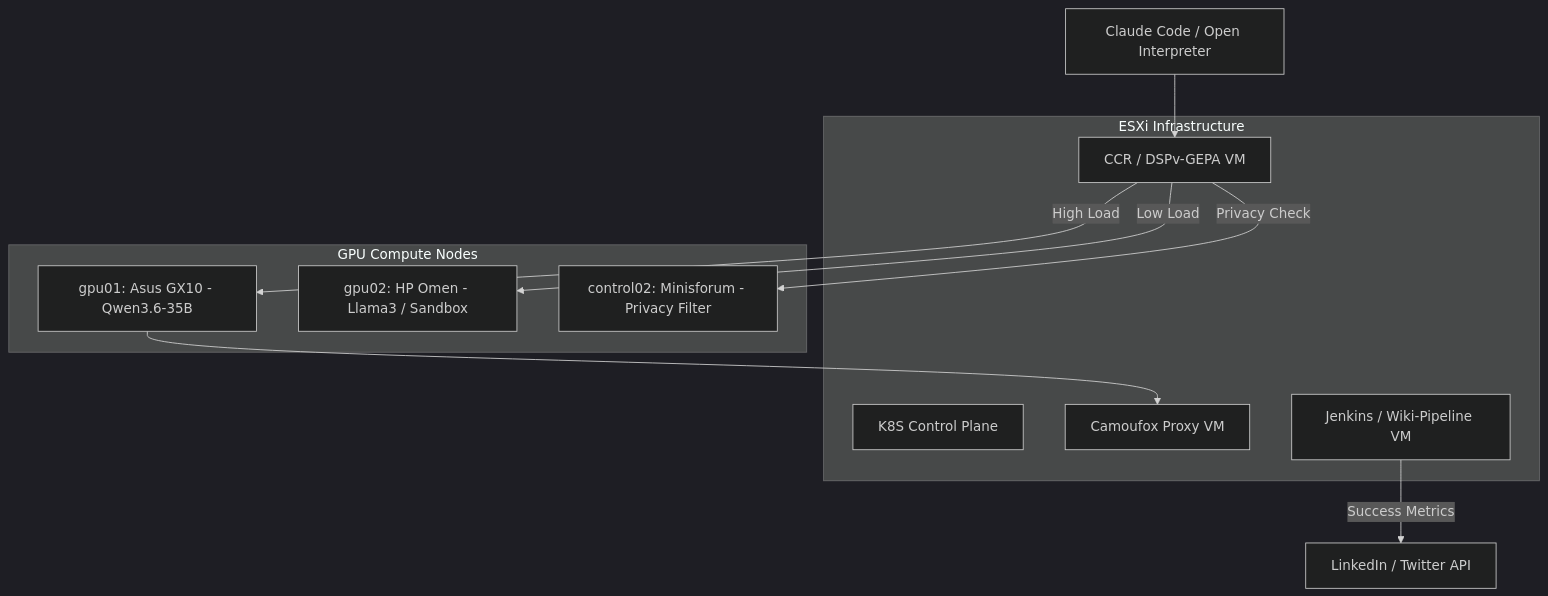
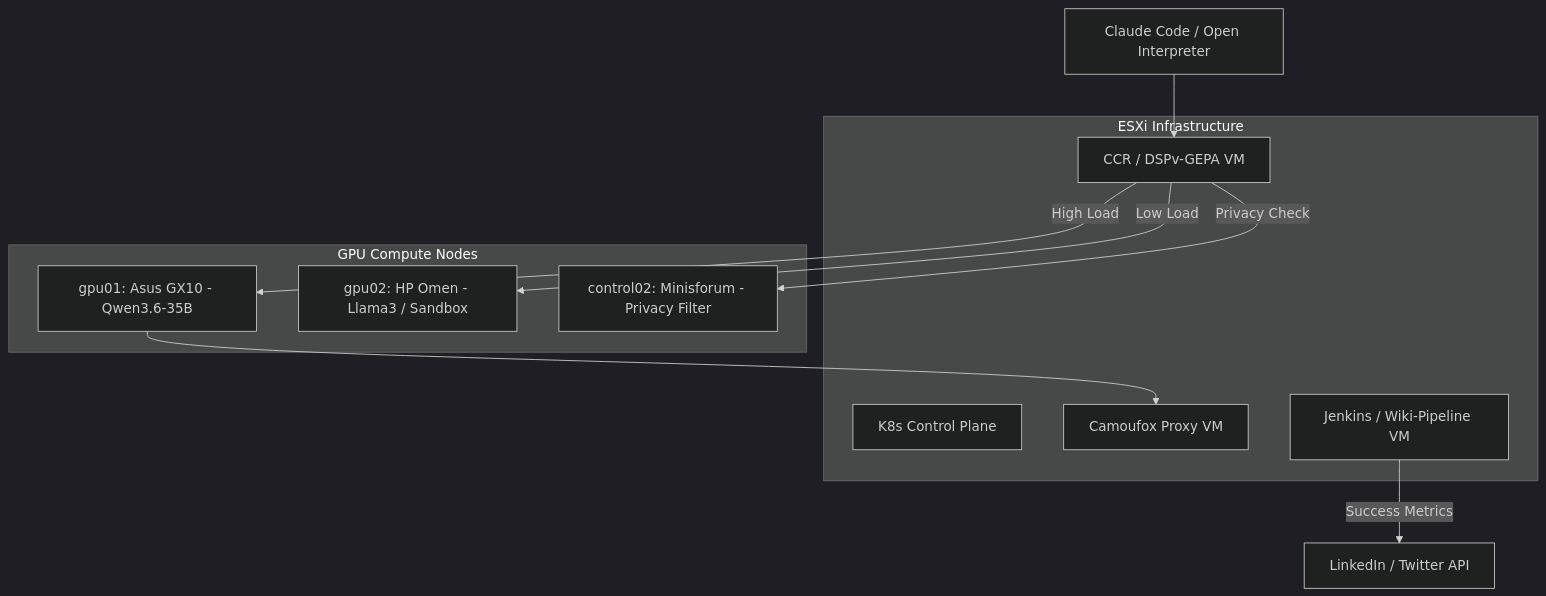
The diagram in TODO.md (lj020326/ansible-datacenter), drawn with Mermaid (dark theme) before and after one commit. The commit also changed other lines of this file and 242 other files, not shown here.

````diff
--- a/TODO.md
+++ b/TODO.md
@@ -71,22 +67,22 @@
 ```mermaid
 graph TD;
     subgraph VMware_Cluster [ESXi Infrastructure]
-        K8S_Master[K8S Control Plane]
+        K8S_Master[K8s Control Plane]
         VPN_Proxy[Camoufox Proxy VM]
         Router[CCR / DSPv-GEPA VM]
         CI_CD[Jenkins / Wiki-Pipeline VM]
     end
 
     subgraph GPU_Pool [GPU Compute Nodes]
         GPU01[gpu01: Asus GX10 - Qwen3.6-35B]
         GPU02[gpu02: HP Omen - Llama3 / Sandbox]
         CTRL02[control02: Minisforum - Privacy Filter]
     end
 
     User[Claude Code / Open Interpreter] --> Router
     Router -->|Privacy Check| CTRL02
     Router -->|High Load| GPU01
     Router -->|Low Load| GPU02
     GPU01 --> VPN_Proxy
     CI_CD -->|Success Metrics| Social[LinkedIn / Twitter API]
 ```
````
